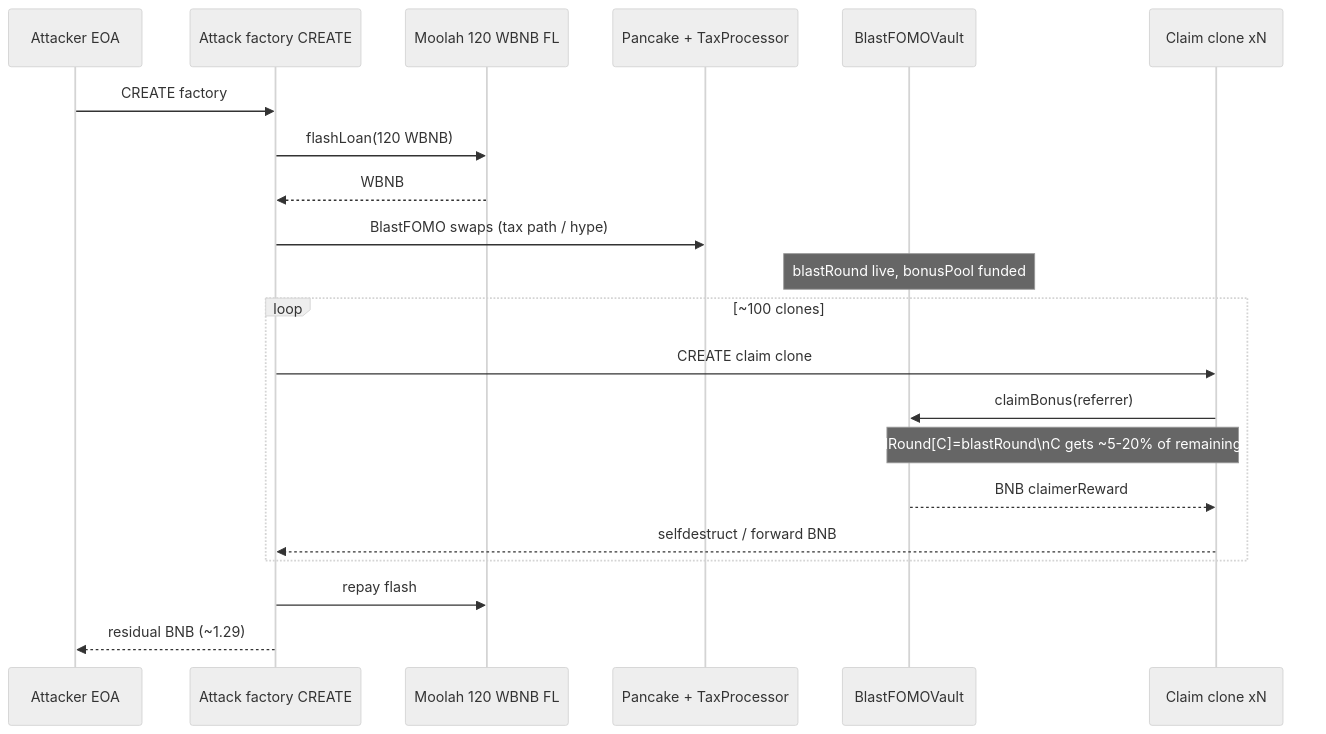
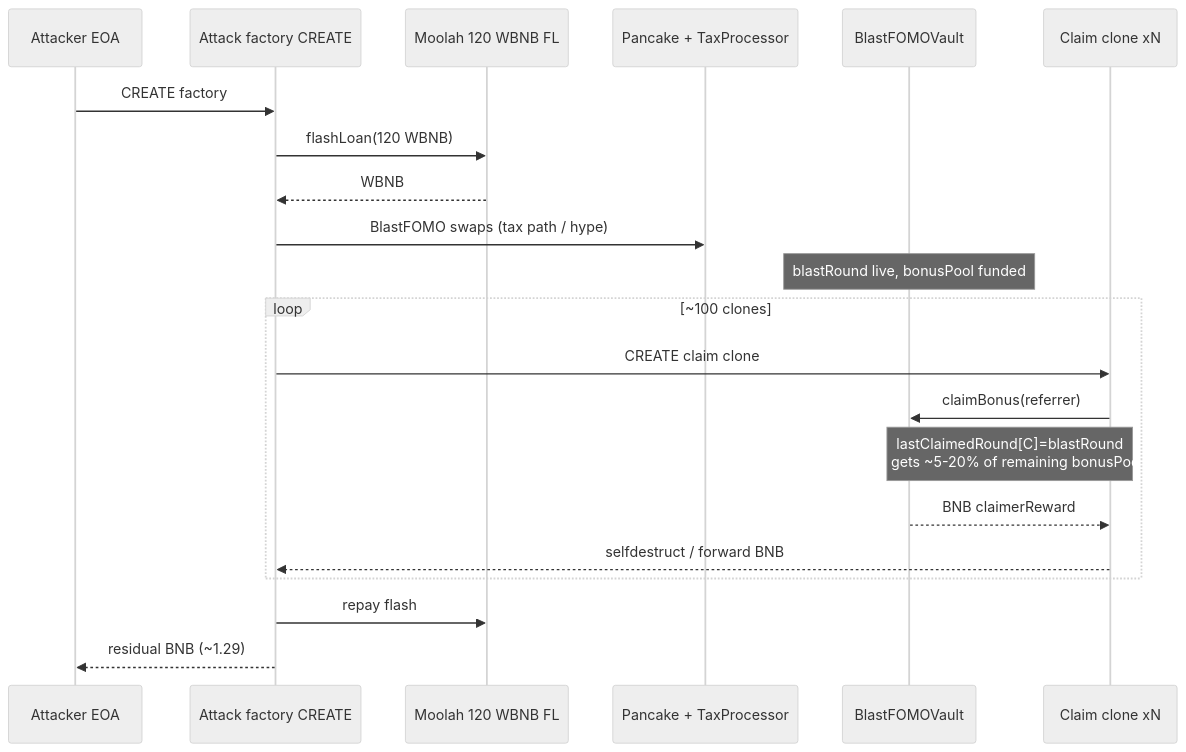
One commit to sanbir/evm-hack-registry changed the first of 2 diagrams in 2026-05-BlastFOMOVault_exp/BlastFOMOVault_exp.md. Above: the diagram before and after it, drawn with Mermaid (neutral theme). The commit also changed 5 other files, not shown here.

````diff
--- a/2026-05-BlastFOMOVault_exp/BlastFOMOVault_exp.md
+++ b/2026-05-BlastFOMOVault_exp/BlastFOMOVault_exp.md
@@ -161,24 +161,24 @@
 ```mermaid
 sequenceDiagram
     participant A as Attacker EOA
     participant F as Attack factory CREATE
     participant M as Moolah 120 WBNB FL
     participant P as Pancake + TaxProcessor
     participant V as BlastFOMOVault
     participant C as Claim clone xN
 
     A->>F: CREATE factory
     F->>M: flashLoan(120 WBNB)
     M-->>F: WBNB
     F->>P: BlastFOMO swaps (tax path / hype)
     Note over V: blastRound live, bonusPool funded
     loop ~100 clones
         F->>C: CREATE claim clone
         C->>V: claimBonus(referrer)
-        Note over V,C: lastClaimedRound[C]=blastRound\nC gets ~5-20% of remaining bonusPool
+        Note over V,C: lastClaimedRound[C]=blastRound<br/>C gets ~5-20% of remaining bonusPool
         V-->>C: BNB claimerReward
         C-->>F: selfdestruct / forward BNB
     end
     F->>M: repay flash
     F-->>A: residual BNB (~1.29)
 ```
````
